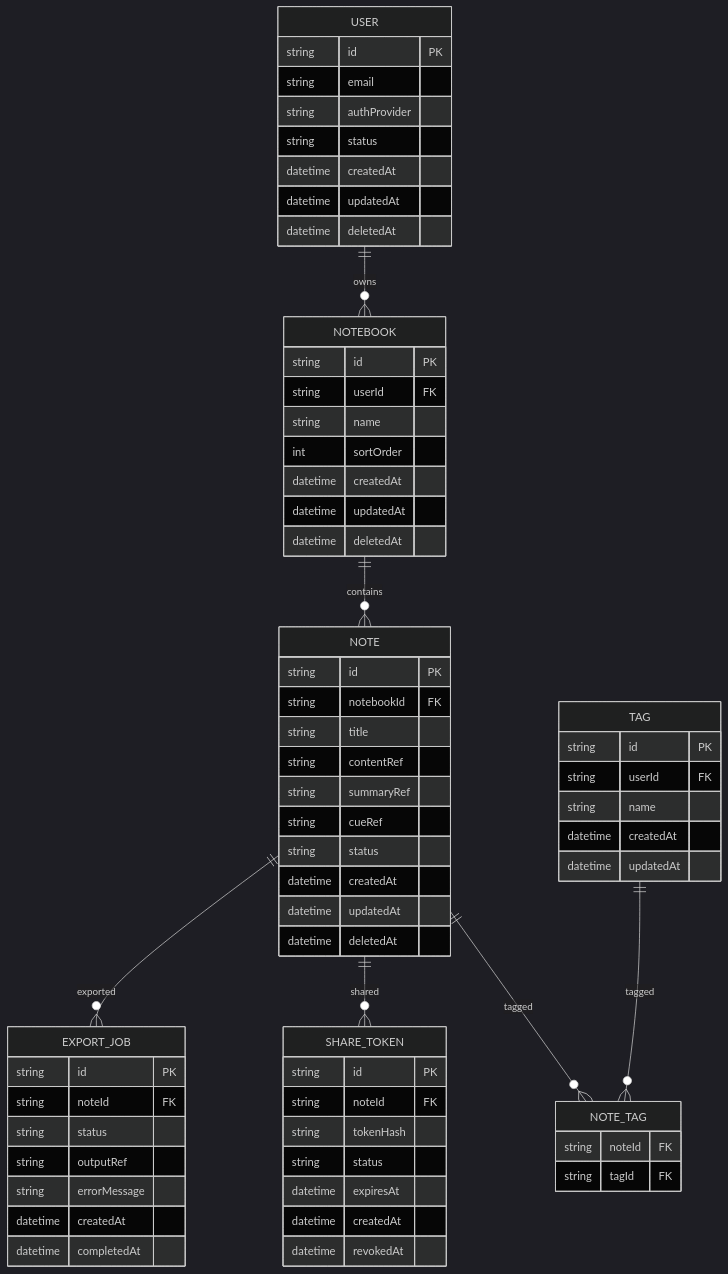
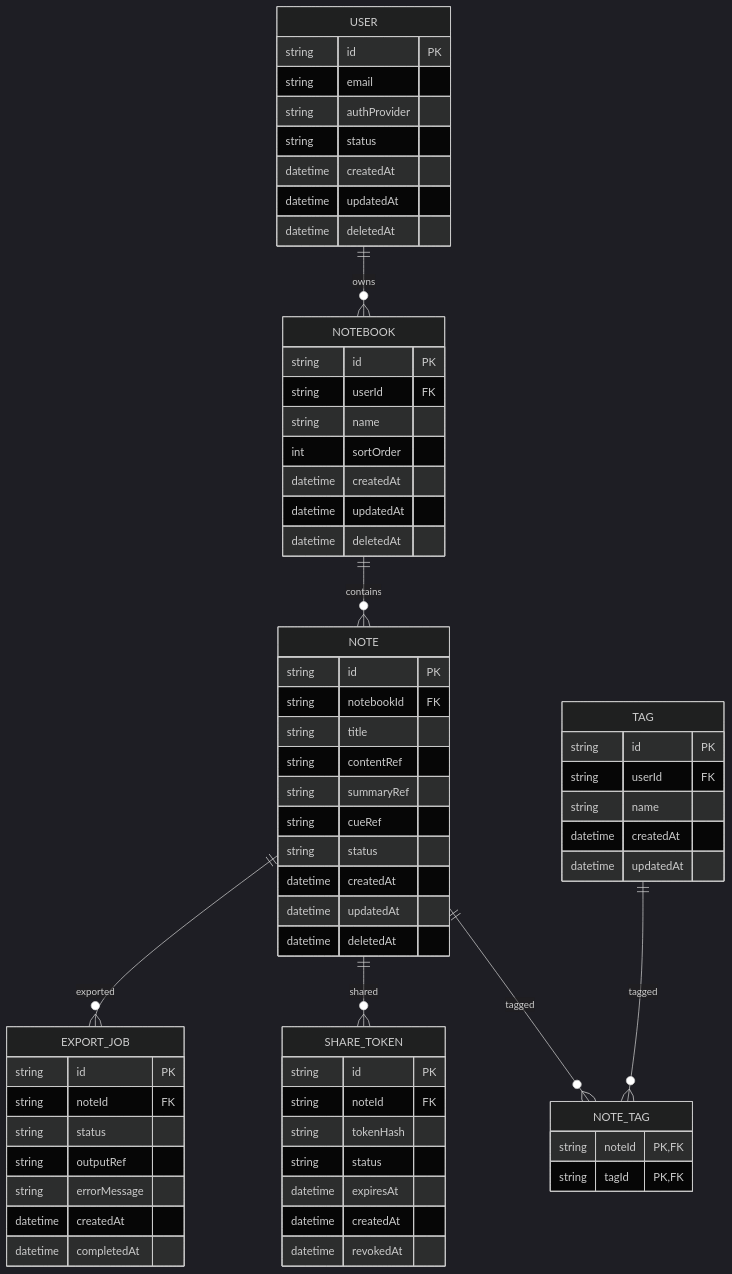
Before and after one commit to tsuji-tomonori/CornellNoteWeb: the diagram in docs/02-基本設計/2.データ設計/DATA-ERD.md, drawn with Mermaid (dark theme). The commit also changed other lines of this file, not shown here.

Commit message:
Add composite key note for NOTE_TAG

````diff
--- a/docs/02-基本設計/2.データ設計/DATA-ERD.md
+++ b/docs/02-基本設計/2.データ設計/DATA-ERD.md
@@ -3,69 +3,69 @@
 ```mermaid
 erDiagram
   USER ||--o{ NOTEBOOK : owns
   NOTEBOOK ||--o{ NOTE : contains
   NOTE ||--o{ NOTE_TAG : tagged
   TAG ||--o{ NOTE_TAG : tagged
   NOTE ||--o{ SHARE_TOKEN : shared
   NOTE ||--o{ EXPORT_JOB : exported
 
   USER {
     string id PK
     string email
     string authProvider
     string status
     datetime createdAt
     datetime updatedAt
     datetime deletedAt
   }
   NOTEBOOK {
     string id PK
     string userId FK
     string name
     int sortOrder
     datetime createdAt
     datetime updatedAt
     datetime deletedAt
   }
   NOTE {
     string id PK
     string notebookId FK
     string title
     string contentRef
     string summaryRef
     string cueRef
     string status
     datetime createdAt
     datetime updatedAt
     datetime deletedAt
   }
   TAG {
     string id PK
     string userId FK
     string name
     datetime createdAt
     datetime updatedAt
   }
   NOTE_TAG {
-    string noteId FK
-    string tagId FK
+    string noteId PK, FK
+    string tagId PK, FK
   }
   SHARE_TOKEN {
     string id PK
     string noteId FK
     string tokenHash
     string status
     datetime expiresAt
     datetime createdAt
     datetime revokedAt
   }
   EXPORT_JOB {
     string id PK
     string noteId FK
     string status
     string outputRef
     string errorMessage
     datetime createdAt
     datetime completedAt
   }
 ```
````
